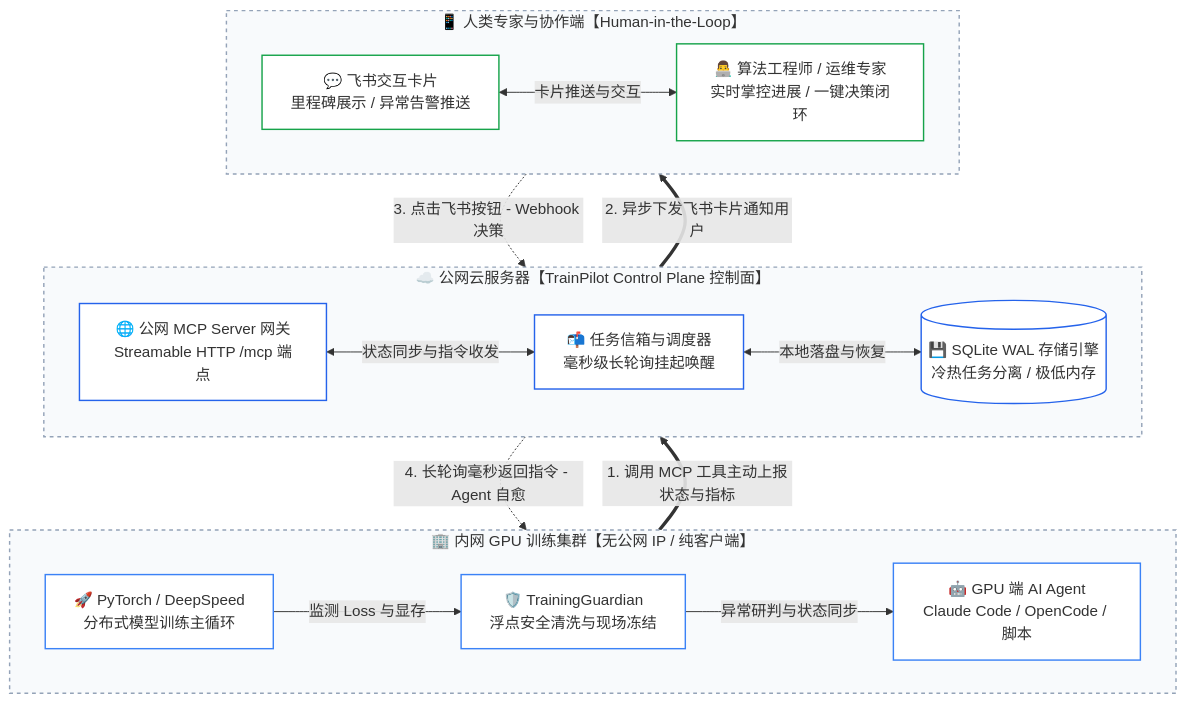
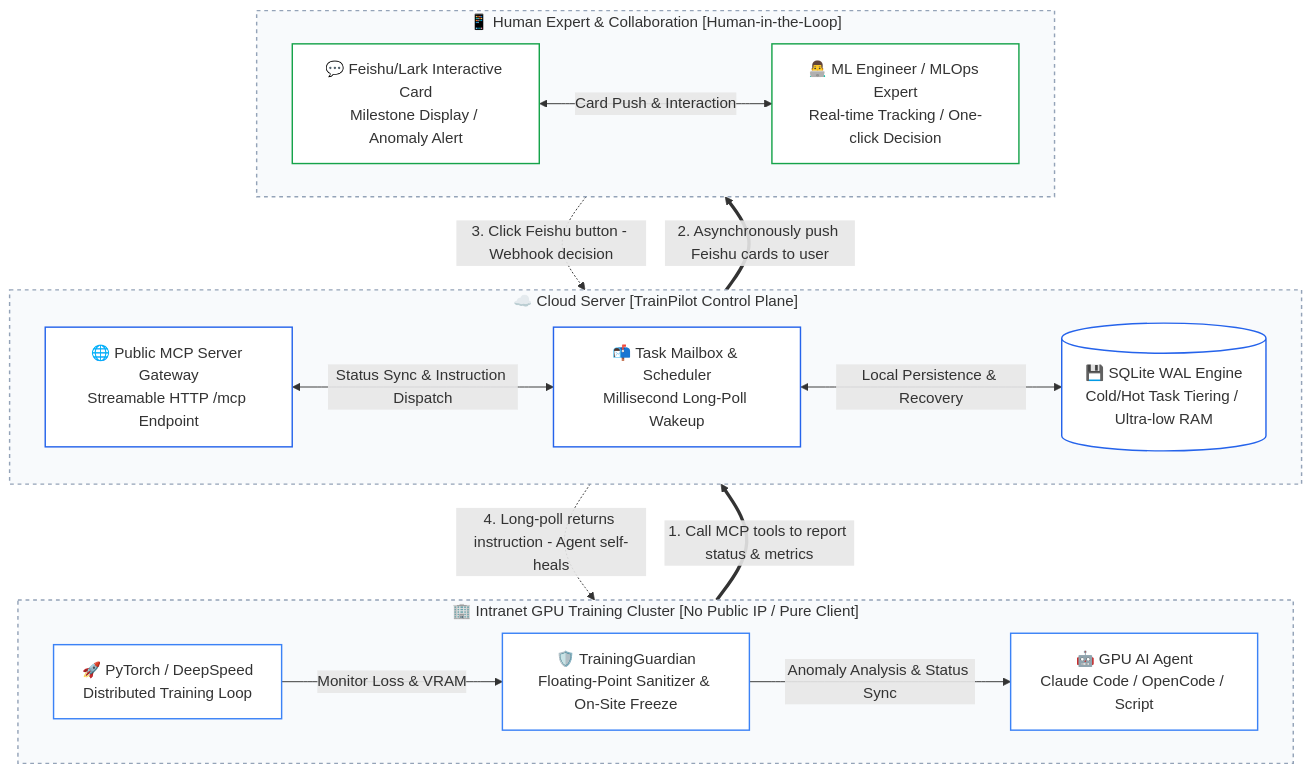
The first of 2 diagrams in README.md (Long-Holiday/TrainPilot), drawn with Mermaid before and after one commit. The commit also changed other lines of this file and 1 other file, not shown here.

````diff
--- a/README.md
+++ b/README.md
@@ -36,44 +40,44 @@
 ```mermaid
 flowchart TB
-    %% 样式定义
+    %% Style definitions
     classDef compStyle fill:#FFFFFF,stroke:#3B82F6,stroke-width:1.5px;
     classDef serverCompStyle fill:#FFFFFF,stroke:#2563EB,stroke-width:1.5px;
     classDef userCompStyle fill:#FFFFFF,stroke:#16A34A,stroke-width:1.5px;
     classDef subStyle fill:#F8FAFC,stroke:#94A3B8,stroke-width:1.5px,stroke-dasharray: 4 4;
 
-    subgraph GPU_Side["🏢 内网 GPU 训练集群【无公网 IP / 纯客户端】"]
+    subgraph GPU_Side["🏢 Intranet GPU Training Cluster [No Public IP / Pure Client]"]
         direction LR
-        TrainingJob["🚀 PyTorch / DeepSpeed<br/>分布式模型训练主循环"]:::compStyle
-        Guardian["🛡️ TrainingGuardian<br/>浮点安全清洗与现场冻结"]:::compStyle
-        GPUAgent["🤖 GPU 端 AI Agent<br/>Claude Code / OpenCode / 脚本"]:::compStyle
+        TrainingJob["🚀 PyTorch / DeepSpeed<br/>Distributed Training Loop"]:::compStyle
+        Guardian["🛡️ TrainingGuardian<br/>Floating-Point Sanitizer & On-Site Freeze"]:::compStyle
+        GPUAgent["🤖 GPU AI Agent<br/>Claude Code / OpenCode / Script"]:::compStyle
 
-        TrainingJob -->|"监测 Loss 与显存"| Guardian
-        Guardian -->|"异常研判与状态同步"| GPUAgent
+        TrainingJob -->|"Monitor Loss & VRAM"| Guardian
+        Guardian -->|"Anomaly Analysis & Status Sync"| GPUAgent
     end
 
-    subgraph Control_Plane["☁️ 公网云服务器【TrainPilot Control Plane 控制面】"]
+    subgraph Control_Plane["☁️ Cloud Server [TrainPilot Control Plane]"]
         direction LR
-        MCPServer["🌐 公网 MCP Server 网关<br/>Streamable HTTP /mcp 端点"]:::serverCompStyle
-        Mailbox["📬 任务信箱与调度器<br/>毫秒级长轮询挂起唤醒"]:::serverCompStyle
-        Storage[("💾 SQLite WAL 存储引擎<br/>冷热任务分离 / 极低内存")]:::serverCompStyle
+        MCPServer["🌐 Public MCP Server Gateway<br/>Streamable HTTP /mcp Endpoint"]:::serverCompStyle
+        Mailbox["📬 Task Mailbox & Scheduler<br/>Millisecond Long-Poll Wakeup"]:::serverCompStyle
+        Storage[("💾 SQLite WAL Engine<br/>Cold/Hot Task Tiering / Ultra-low RAM")]:::serverCompStyle
 
-        MCPServer <-->|"状态同步与指令收发"| Mailbox
-        Mailbox <-->|"本地落盘与恢复"| Storage
+        MCPServer <-->|"Status Sync & Instruction Dispatch"| Mailbox
+        Mailbox <-->|"Local Persistence & Recovery"| Storage
     end
 
-    subgraph User_Side["📱 人类专家与协作端【Human-in-the-Loop】"]
+    subgraph User_Side["📱 Human Expert & Collaboration [Human-in-the-Loop]"]
         direction LR
-        FeishuCard["💬 飞书交互卡片<br/>里程碑展示 / 异常告警推送"]:::userCompStyle
-        Human["👨‍💻 算法工程师 / 运维专家<br/>实时掌控进展 / 一键决策闭环"]:::userCompStyle
+        FeishuCard["💬 Feishu/Lark Interactive Card<br/>Milestone Display / Anomaly Alert"]:::userCompStyle
+        Human["👨‍💻 ML Engineer / MLOps Expert<br/>Real-time Tracking / One-click Decision"]:::userCompStyle
 
-        FeishuCard <-->|"卡片推送与交互"| Human
+        FeishuCard <-->|"Card Push & Interaction"| Human
     end
 
-    %% 纵向跨端数据流与控制流
-    GPUAgent ==> |"1. 调用 MCP 工具主动上报状态与指标"| MCPServer
-    MCPServer ==> |"2. 异步下发飞书卡片通知用户"| FeishuCard
-    Human -.-> |"3. 点击飞书按钮 - Webhook 决策"| MCPServer
-    Mailbox -.-> |"4. 长轮询毫秒返回指令 - Agent 自愈"| GPUAgent
+    %% Cross-tier Data and Control Flow
+    GPUAgent ==> |"1. Call MCP tools to report status & metrics"| MCPServer
+    MCPServer ==> |"2. Asynchronously push Feishu cards to user"| FeishuCard
+    Human -.-> |"3. Click Feishu button - Webhook decision"| MCPServer
+    Mailbox -.-> |"4. Long-poll returns instruction - Agent self-heals"| GPUAgent
 
     class GPU_Side,Control_Plane,User_Side subStyle;
 ```
````
